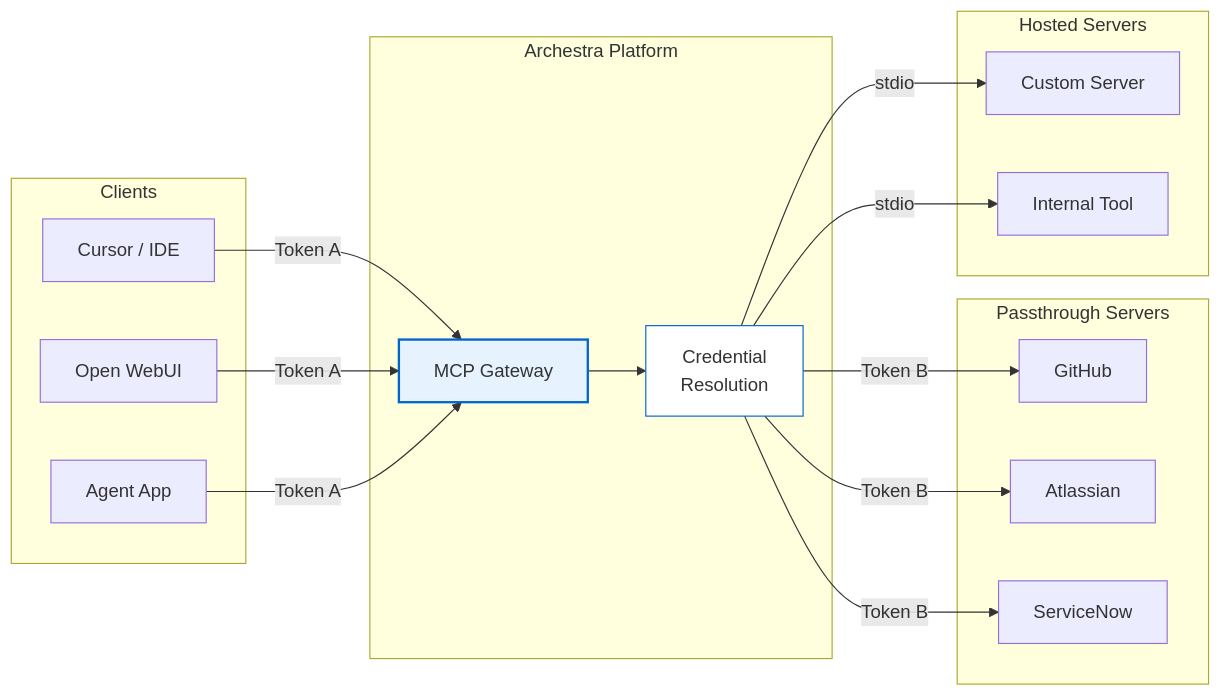
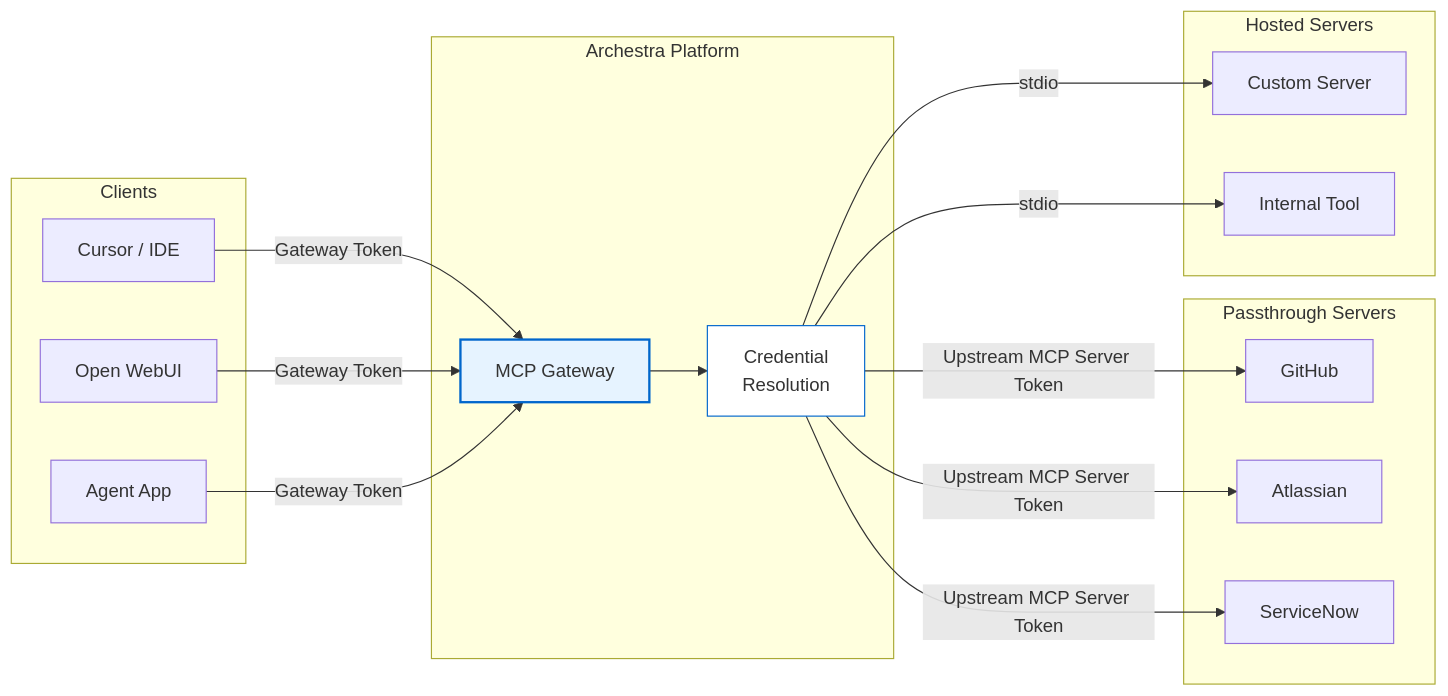
One commit to archestra-ai/archestra changed the first of 2 diagrams in docs/pages/mcp-authentication.md. Above: the diagram before and after it, drawn with Mermaid. The commit also changed other lines of this file and 1 other file, not shown here.

Commit message:
clarify mcp auth docs wording

````diff
--- a/docs/pages/mcp-authentication.md
+++ b/docs/pages/mcp-authentication.md
@@ -162,37 +162,37 @@
 ```mermaid
 graph LR
     subgraph Clients
         C1["Cursor / IDE"]
         C2["Open WebUI"]
         C3["Agent App"]
     end
 
     subgraph Archestra["Archestra Platform"]
         GW["MCP Gateway"]
         CR["Credential<br/>Resolution"]
         GW --> CR
     end
 
     subgraph Passthrough["Passthrough Servers"]
         U1["GitHub"]
         U2["Atlassian"]
         U3["ServiceNow"]
     end
 
     subgraph Hosted["Hosted Servers"]
         H1["Custom Server"]
         H2["Internal Tool"]
     end
 
-    C1 -- "Token A" --> GW
-    C2 -- "Token A" --> GW
-    C3 -- "Token A" --> GW
-    CR -- "Token B" --> U1
-    CR -- "Token B" --> U2
-    CR -- "Token B" --> U3
+    C1 -- "Gateway Token" --> GW
+    C2 -- "Gateway Token" --> GW
+    C3 -- "Gateway Token" --> GW
+    CR -- "Upstream MCP Server Token" --> U1
+    CR -- "Upstream MCP Server Token" --> U2
+    CR -- "Upstream MCP Server Token" --> U3
     CR -- "stdio" --> H1
     CR -- "stdio" --> H2
 
     style GW fill:#e6f3ff,stroke:#0066cc,stroke-width:2px
     style CR fill:#fff,stroke:#0066cc,stroke-width:1px
 ```
````
